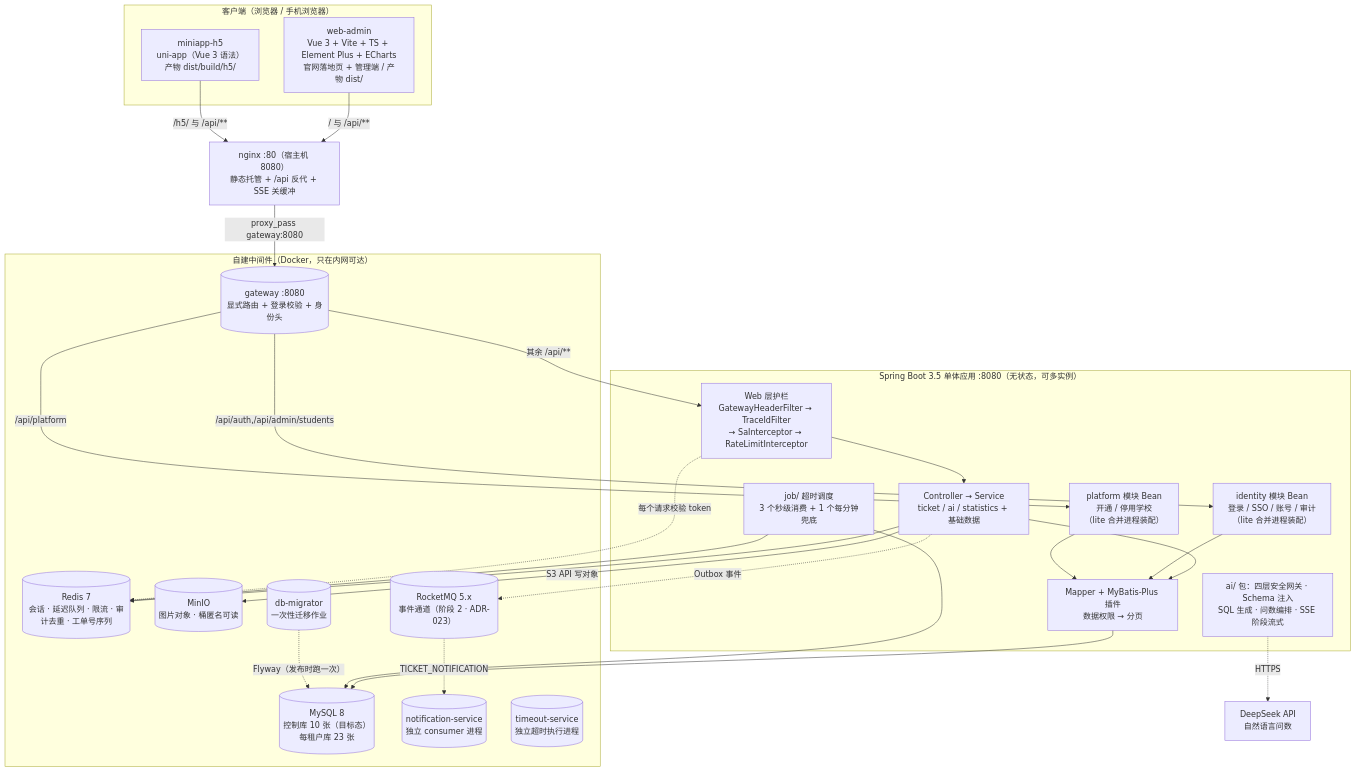
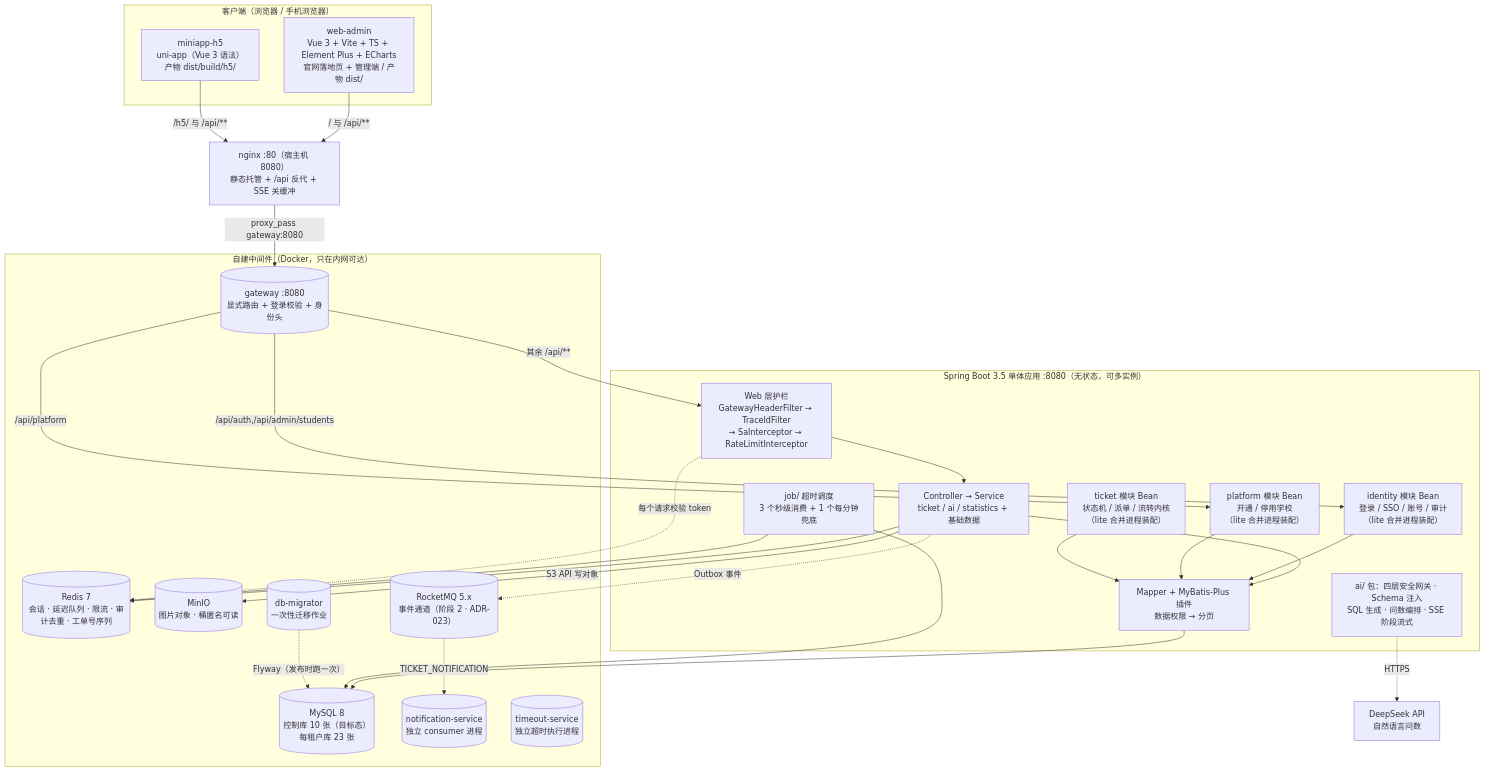
One commit to bluemalic/repair-platform changed the second of 14 diagrams in docs/06-架构图.md. Above: the diagram before and after it, drawn with Mermaid. The commit also changed other lines of this file and 5 other files, not shown here.

````diff
--- a/docs/06-架构图.md
+++ b/docs/06-架构图.md
@@ -80,53 +80,55 @@
 ```mermaid
 flowchart TB
     subgraph client["客户端（浏览器 / 手机浏览器）"]
         adminApp["web-admin<br/>Vue 3 + Vite + TS + Element Plus + ECharts<br/>官网落地页 + 管理端 / 产物 dist/"]
         h5App["miniapp-h5<br/>uni-app（Vue 3 语法）<br/>产物 dist/build/h5/"]
     end
 
     nginx["nginx :80（宿主机 8080）<br/>静态托管 + /api 反代 + SSE 关缓冲"]
 
     subgraph boot["Spring Boot 3.5 单体应用 :8080（无状态，可多实例）"]
         guard["Web 层护栏<br/>GatewayHeaderFilter → TraceIdFilter<br/>→ SaInterceptor → RateLimitInterceptor"]
         biz["Controller → Service<br/>ticket / ai / statistics + 基础数据"]
         orm["Mapper + MyBatis-Plus 插件<br/>数据权限 → 分页"]
         sched["job/ 超时调度<br/>3 个秒级消费 + 1 个每分钟兜底"]
         aiPkg["ai/ 包：四层安全网关 · Schema 注入<br/>SQL 生成 · 问数编排 · SSE 阶段流式"]
         idx["identity 模块 Bean<br/>登录 / SSO / 账号 / 审计<br/>（lite 合并进程装配）"]
         pfm["platform 模块 Bean<br/>开通 / 停用学校<br/>（lite 合并进程装配）"]
+        tkm["ticket 模块 Bean<br/>状态机 / 派单 / 流转内核<br/>（lite 合并进程装配）"]
     end
 
     subgraph infra["自建中间件（Docker，只在内网可达）"]
         mysql[("MySQL 8<br/>控制库 10 张（目标态）<br/>每租户库 23 张")]
         redis[("Redis 7<br/>会话 · 延迟队列 · 限流 · 审计去重 · 工单号序列")]
         minio[("MinIO<br/>图片对象 · 桶匿名可读")]
         rocketmq[("RocketMQ 5.x<br/>事件通道（阶段 2 · ADR-023）")]
         notification[("notification-service<br/>独立 consumer 进程")]
         timeout[("timeout-service<br/>独立超时执行进程")]
         gateway[("gateway :8080<br/>显式路由 + 登录校验 + 身份头")]
         migrator[("db-migrator<br/>一次性迁移作业")]
     end
 
     deepseek["DeepSeek API<br/>自然语言问数"]
 
     adminApp -->|"/ 与 /api/**"| nginx
     h5App -->|"/h5/ 与 /api/**"| nginx
     nginx -->|"proxy_pass gateway:8080"| gateway
     gateway -->|"/api/auth,/api/admin/students"| idx
     gateway -->|"/api/platform"| pfm
     gateway -->|"其余 /api/**"| guard
     guard --> biz
     biz --> orm
     idx --> orm
     pfm --> orm
+    tkm --> orm
     orm --> mysql
     biz --> redis
     biz -->|"S3 API 写对象"| minio
     biz -.->|"Outbox 事件"| rocketmq
     rocketmq -.->|"TICKET_NOTIFICATION"| notification
     sched --> redis
     sched --> mysql
     guard -.->|"每个请求校验 token"| redis
     aiPkg -.->|"HTTPS"| deepseek
     migrator -.->|"Flyway（发布时跑一次）"| mysql
 ```
````
